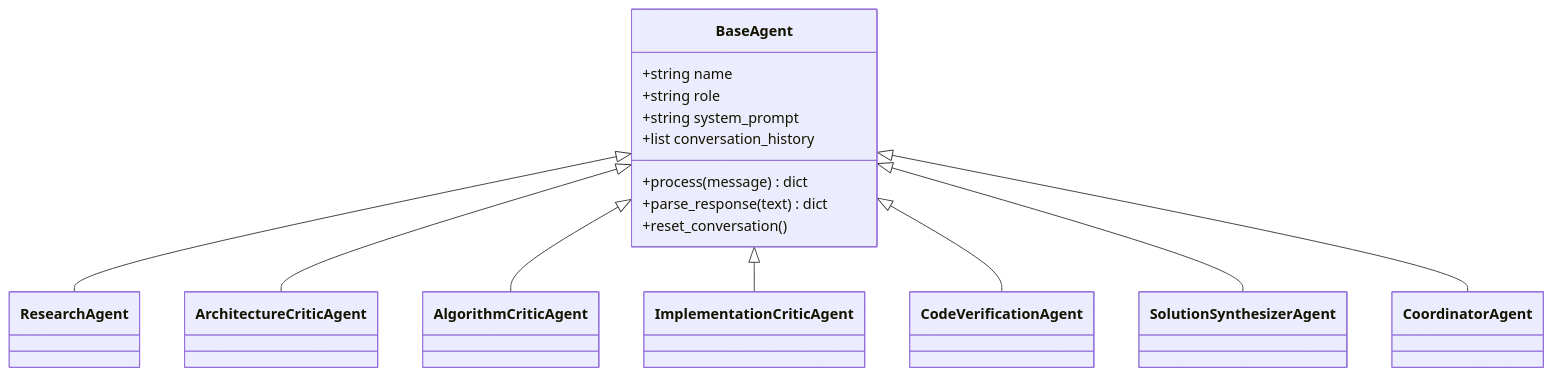
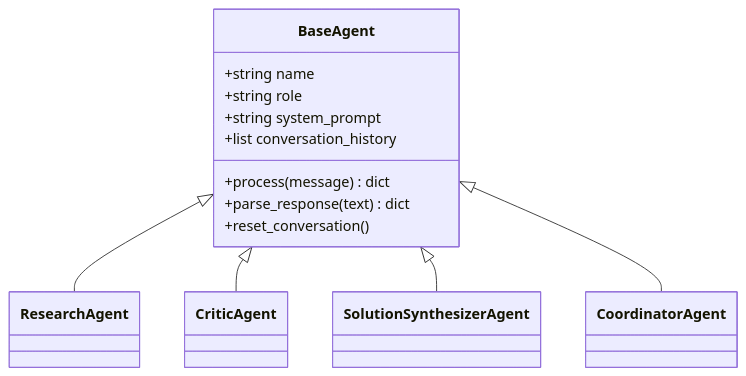
Before and after one commit to wenming-ma/kicad-source-mirror: the second of 4 diagrams in wenming/Interactive-multi-routing/validation_system/README.md, drawn with Mermaid. The commit also changed other lines of this file and 6 other files, not shown here.

````diff
--- a/wenming/Interactive-multi-routing/validation_system/README.md
+++ b/wenming/Interactive-multi-routing/validation_system/README.md
@@ -135,19 +133,16 @@
 ```mermaid
 classDiagram
     class BaseAgent {
         +string name
         +string role
         +string system_prompt
         +list conversation_history
         +process(message) dict
         +parse_response(text) dict
         +reset_conversation()
     }
     BaseAgent <|-- ResearchAgent
-    BaseAgent <|-- ArchitectureCriticAgent
-    BaseAgent <|-- AlgorithmCriticAgent
-    BaseAgent <|-- ImplementationCriticAgent
-    BaseAgent <|-- CodeVerificationAgent
+    BaseAgent <|-- CriticAgent
     BaseAgent <|-- SolutionSynthesizerAgent
     BaseAgent <|-- CoordinatorAgent
 ```
````
